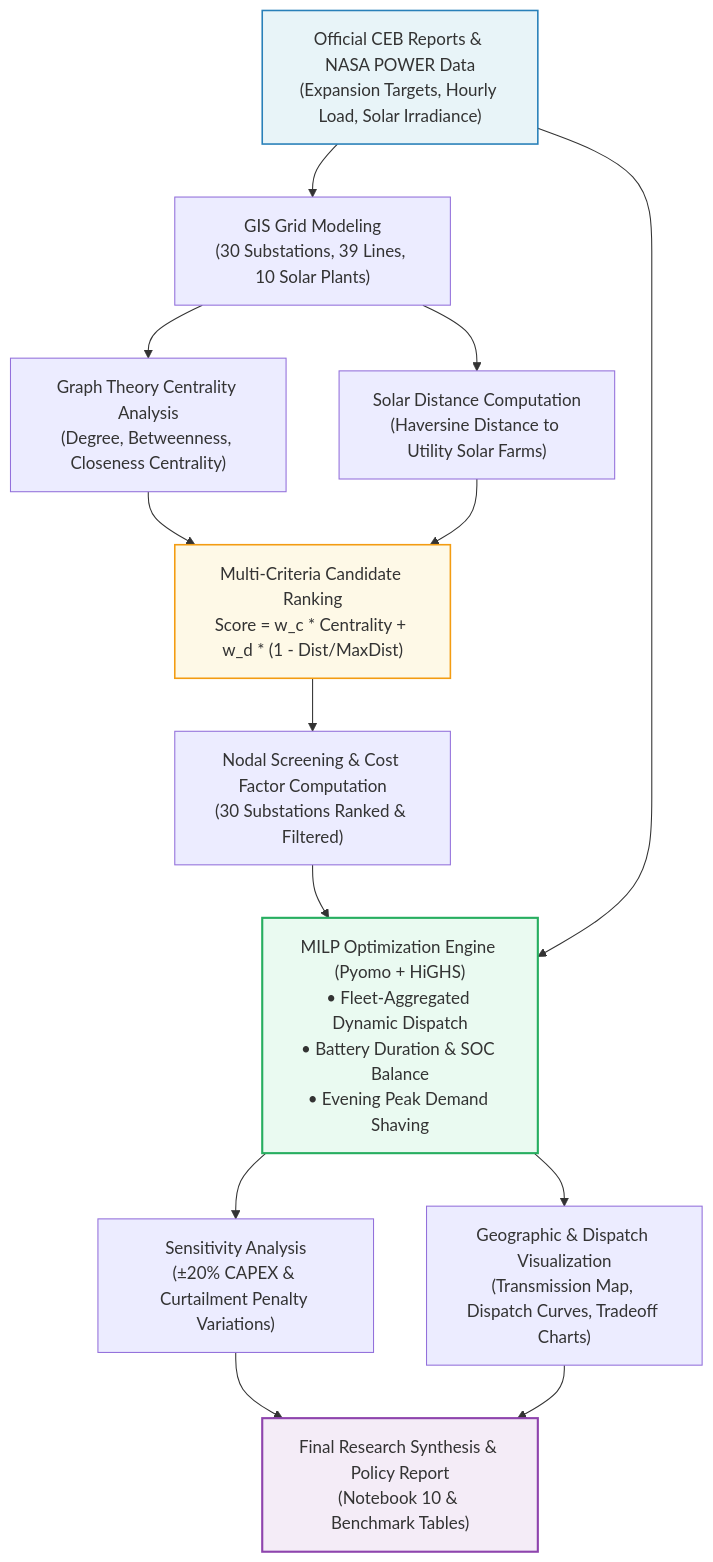
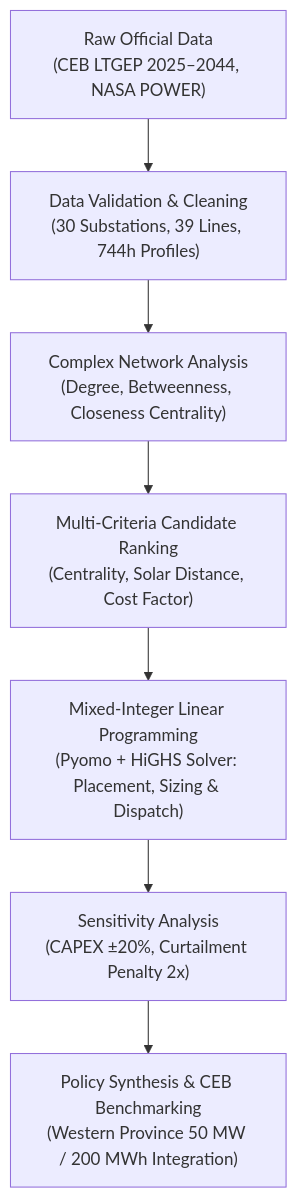
Before and after one commit to HimashMadushanka/Sri-Lanka-National-Grid-BESS-Optimization: the diagram in README.md, drawn with Mermaid. The commit also changed other lines of this file and 4 other files, not shown here.

````diff
--- a/README.md
+++ b/README.md
@@ -60,17 +63,9 @@
 ```mermaid
 flowchart TD
-    A["Official CEB Reports & NASA POWER Data<br/>(Expansion Targets, Hourly Load, Solar Irradiance)"] --> B["GIS Grid Modeling<br/>(30 Substations, 39 Lines, 10 Solar Plants)"]
-    B --> C["Graph Theory Centrality Analysis<br/>(Degree, Betweenness, Closeness Centrality)"]
-    B --> D["Solar Distance Computation<br/>(Haversine Distance to Utility Solar Farms)"]
-    C & D --> E["Multi-Criteria Candidate Ranking<br/>Score = w_c * Centrality + w_d * (1 - Dist/MaxDist)"]
-    E --> F["Nodal Screening & Cost Factor Computation<br/>(30 Substations Ranked & Filtered)"]
-    F & A --> G["MILP Optimization Engine (Pyomo + HiGHS)<br/>• Fleet-Aggregated Dynamic Dispatch<br/>• Battery Duration & SOC Balance<br/>• Evening Peak Demand Shaving"]
-    G --> H["Sensitivity Analysis<br/>(±20% CAPEX & Curtailment Penalty Variations)"]
-    G --> I["Geographic & Dispatch Visualization<br/>(Transmission Map, Dispatch Curves, Tradeoff Charts)"]
-    H & I --> J["Final Research Synthesis & Policy Report<br/>(Notebook 10 & Benchmark Tables)"]
-
-    style A fill:#e8f4f8,stroke:#2980b9,stroke-width:1.5px
-    style E fill:#fef9e7,stroke:#f39c12,stroke-width:1.5px
-    style G fill:#eafaf1,stroke:#27ae60,stroke-width:2px
-    style J fill:#f4ecf7,stroke:#8e44ad,stroke-width:2px
+    A["Raw Official Data<br/>(CEB LTGEP 2025–2044, NASA POWER)"] --> B["Data Validation & Cleaning<br/>(30 Substations, 39 Lines, 744h Profiles)"]
+    B --> C["Complex Network Analysis<br/>(Degree, Betweenness, Closeness Centrality)"]
+    C --> D["Multi-Criteria Candidate Ranking<br/>(Centrality, Solar Distance, Cost Factor)"]
+    D --> E["Mixed-Integer Linear Programming<br/>(Pyomo + HiGHS Solver: Placement, Sizing & Dispatch)"]
+    E --> F["Sensitivity Analysis<br/>(CAPEX ±20%, Curtailment Penalty 2x)"]
+    F --> G["Policy Synthesis & CEB Benchmarking<br/>(Western Province 50 MW / 200 MWh Integration)"]
 ```
````
